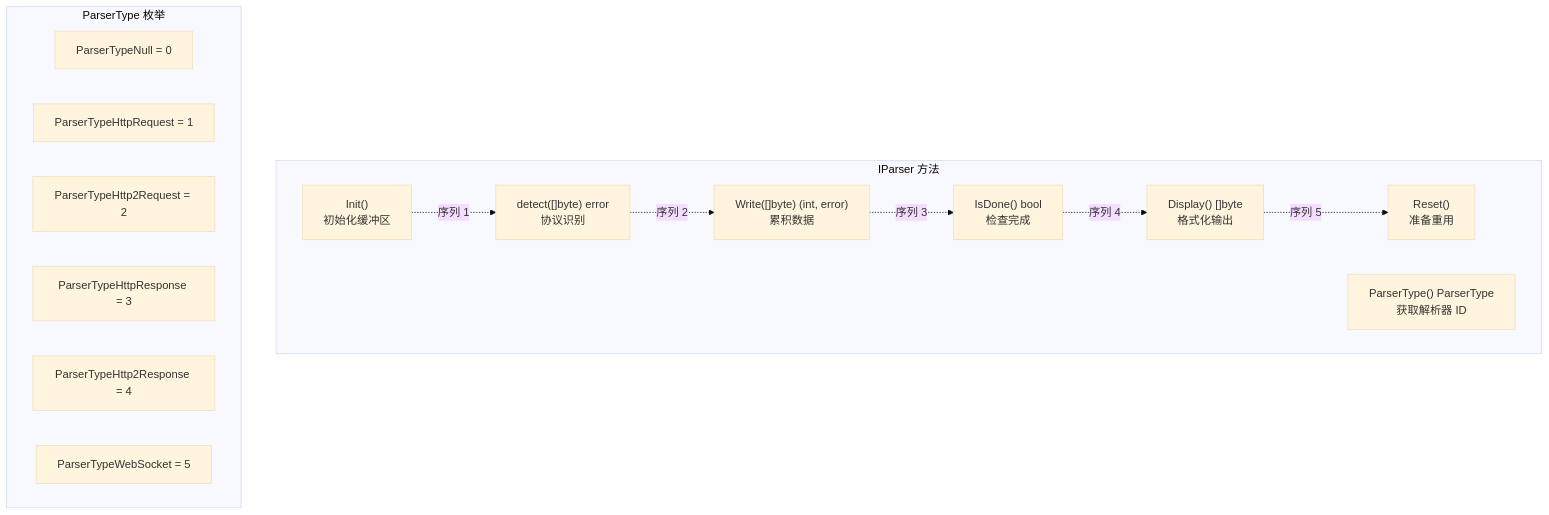
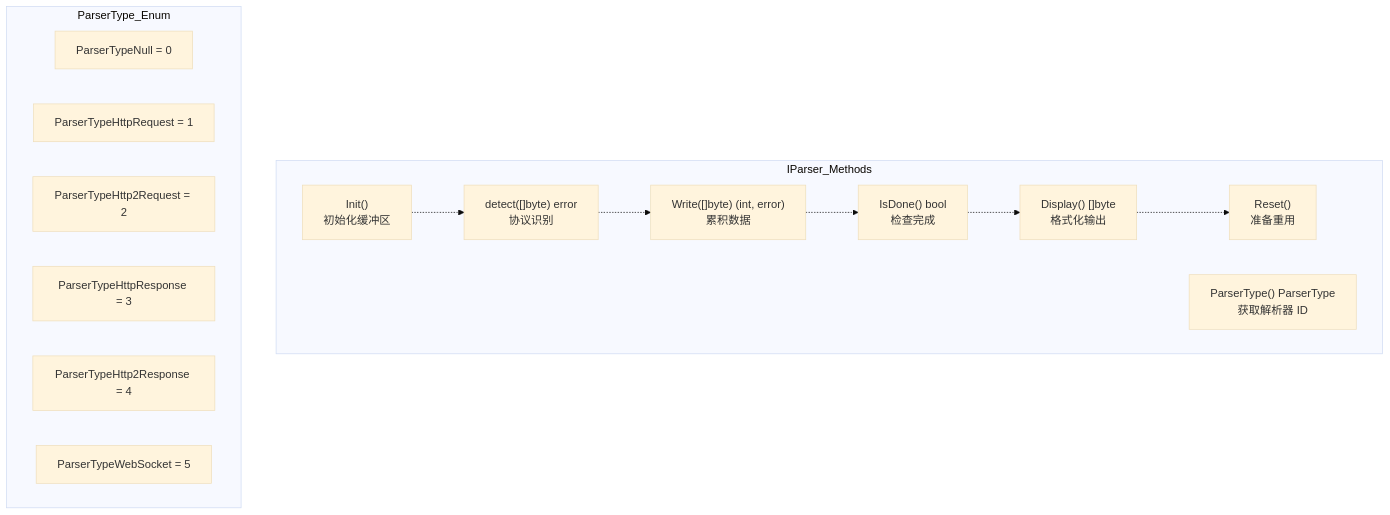
One commit to gojue/ecapture.cc changed the sixth of 11 diagrams in src/zh/2-architecture/2.2-event-processing-pipeline.md. Above: the diagram before and after it, drawn with Mermaid (base theme). The commit also changed other lines of this file and 70 other files, not shown here.

Commit message:
feat: update sidebar and navigation links for architecture and shell command auditing sections

````diff
--- a/src/zh/2-architecture/2.2-event-processing-pipeline.md
+++ b/src/zh/2-architecture/2.2-event-processing-pipeline.md
@@ -455,27 +455,27 @@
 ```mermaid
 graph TB
-    subgraph "IParser 方法"
+    subgraph "IParser_Methods"
         Init["Init()<br/>初始化缓冲区"]
         Detect["detect([]byte) error<br/>协议识别"]
         Write["Write([]byte) (int, error)<br/>累积数据"]
         IsDone["IsDone() bool<br/>检查完成"]
         Display["Display() []byte<br/>格式化输出"]
         Reset["Reset()<br/>准备重用"]
         ParserType["ParserType() ParserType<br/>获取解析器 ID"]
     end
     
-    subgraph "ParserType 枚举"
+    subgraph "ParserType_Enum"
         PT0["ParserTypeNull = 0"]
         PT1["ParserTypeHttpRequest = 1"]
         PT2["ParserTypeHttp2Request = 2"]
         PT3["ParserTypeHttpResponse = 3"]
         PT4["ParserTypeHttp2Response = 4"]
         PT5["ParserTypeWebSocket = 5"]
     end
     
-    Init -.序列 1.-> Detect
-    Detect -.序列 2.-> Write
-    Write -.序列 3.-> IsDone
-    IsDone -.序列 4.-> Display
-    Display -.序列 5.-> Reset
+    Init -.-> Detect
+    Detect -.-> Write
+    Write -.-> IsDone
+    IsDone -.-> Display
+    Display -.-> Reset
 ```
````
